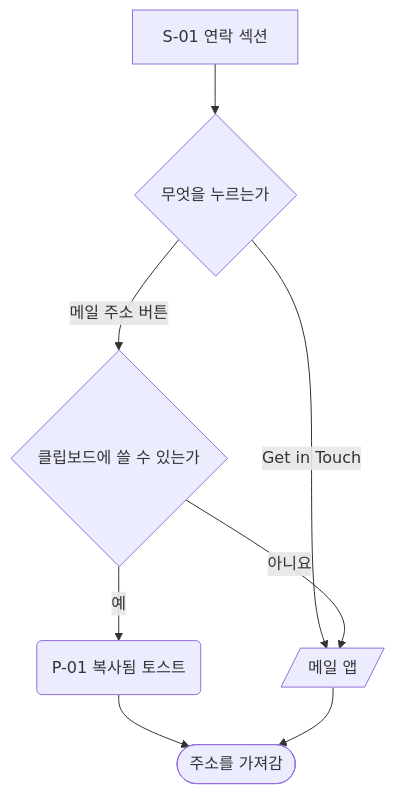
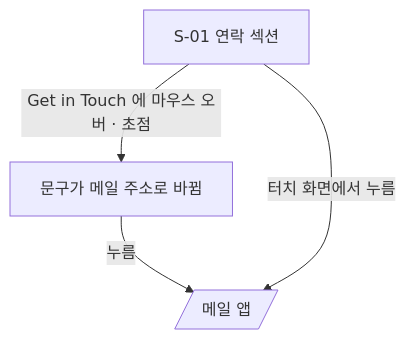
One commit to GUNIZZI/portfolio changed the fourth of 4 diagrams in docs/plan/home/userflow.md. Above: the diagram before and after it, drawn with Mermaid. The commit also changed other lines of this file and 5 other files, not shown here.

````diff
--- a/docs/plan/home/userflow.md
+++ b/docs/plan/home/userflow.md
@@ -63,10 +61,6 @@
 ```mermaid
 flowchart TD
-    C["S-01 연락 섹션"]:::screen --> W{"무엇을 누르는가"}:::decision
-    W -->|"Get in Touch"| MAIL[/"메일 앱"/]:::api
-    W -->|"메일 주소 버튼"| CP{"클립보드에 쓸 수 있는가"}:::decision
-    CP -->|"예"| T("P-01 복사됨 토스트"):::dialog
-    CP -->|"아니요"| MAIL
-    T --> END(["주소를 가져감"]):::done
-    MAIL --> END
+    C["S-01 연락 섹션"]:::screen -->|"Get in Touch 에 마우스 오버 · 초점"| ADDR["문구가 메일 주소로 바뀜"]:::step
+    ADDR -->|"누름"| MAIL[/"메일 앱"/]:::api
+    C -->|"터치 화면에서 누름"| MAIL
 ```
````
